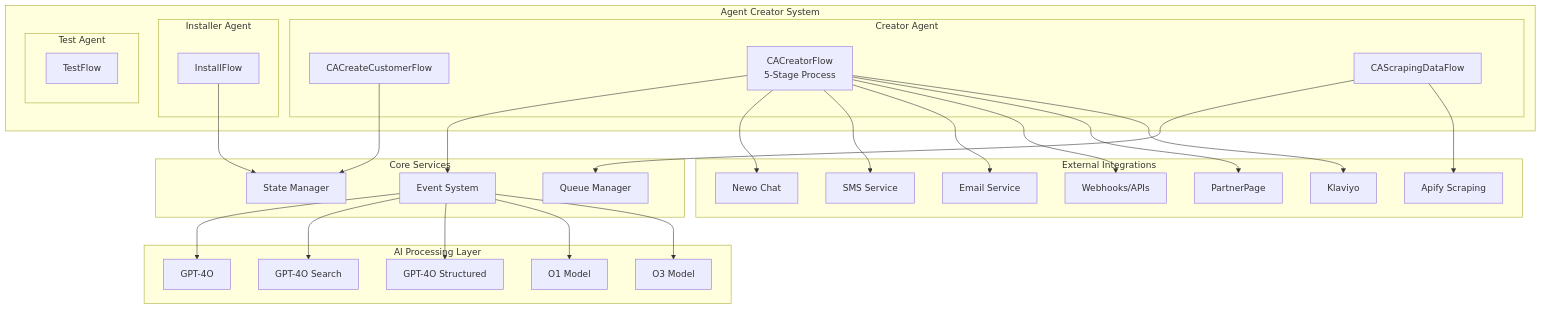
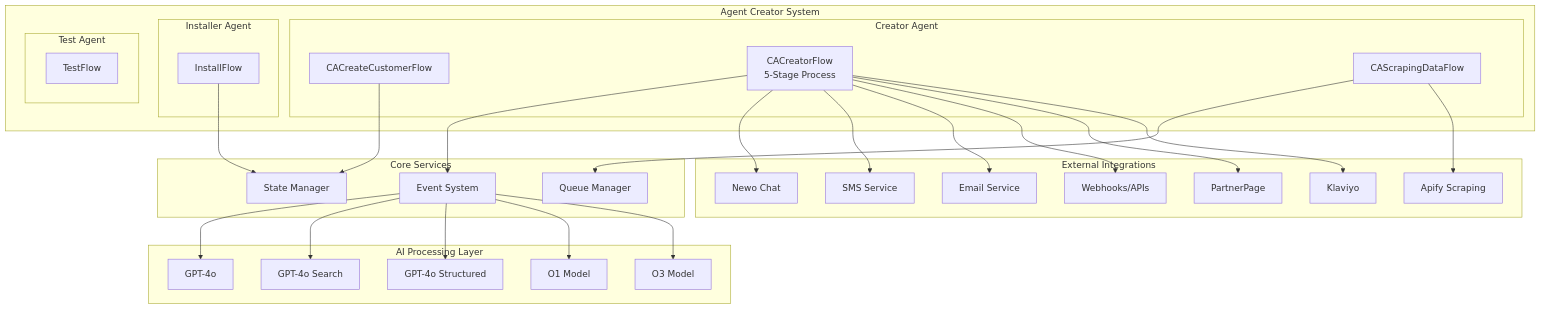
Before and after one commit to sabbah13/newo-docs: the first of 10 diagrams in website/docs/agent-creator-architecture.md, drawn with Mermaid. The commit also changed other lines of this file and 4 other files, not shown here.

````diff
--- a/website/docs/agent-creator-architecture.md
+++ b/website/docs/agent-creator-architecture.md
@@ -16,61 +16,61 @@
 ```mermaid
 graph TB
     subgraph "Agent Creator System"
         subgraph "Creator Agent"
             CCF[CACreateCustomerFlow]
             CF[CACreatorFlow<br/>5-Stage Process]
             SDF[CAScrapingDataFlow]
         end
         
         subgraph "Installer Agent"
             IF[InstallFlow]
         end
         
         subgraph "Test Agent"
             TF[TestFlow]
         end
     end
     
     subgraph "Core Services"
         ES[Event System]
         SM[State Manager]
         QM[Queue Manager]
     end
     
     subgraph "AI Processing Layer"
-        GPT4O[GPT-4O]
-        GPT4OS[GPT-4O Search]
-        GPT4OSO[GPT-4O Structured]
+        GPT4O[GPT-4o]
+        GPT4OS[GPT-4o Search]
+        GPT4OSO[GPT-4o Structured]
         O1[O1 Model]
         O3[O3 Model]
     end
     
     subgraph "External Integrations"
         NC[Newo Chat]
         AP[Apify Scraping]
         SMS[SMS Service]
         EM[Email Service]
         WH[Webhooks/APIs]
         PP[PartnerPage]
         KL[Klaviyo]
     end
     
     CF --> ES
     SDF --> QM
     CCF --> SM
     IF --> SM
     
     ES --> GPT4O
     ES --> GPT4OS
     ES --> GPT4OSO
     ES --> O1
     ES --> O3
     
     CF --> NC
     SDF --> AP
     CF --> SMS
     CF --> EM
     CF --> WH
     CF --> PP
     CF --> KL
 ```
````
